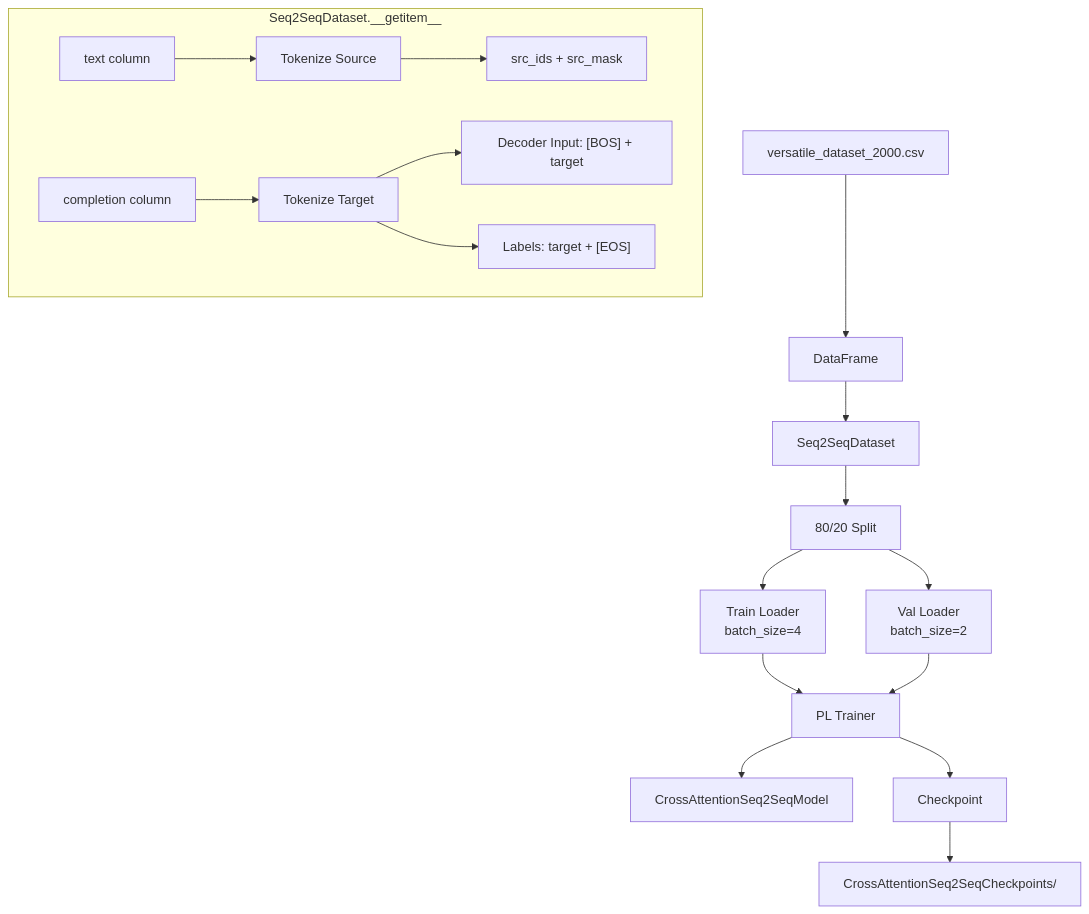
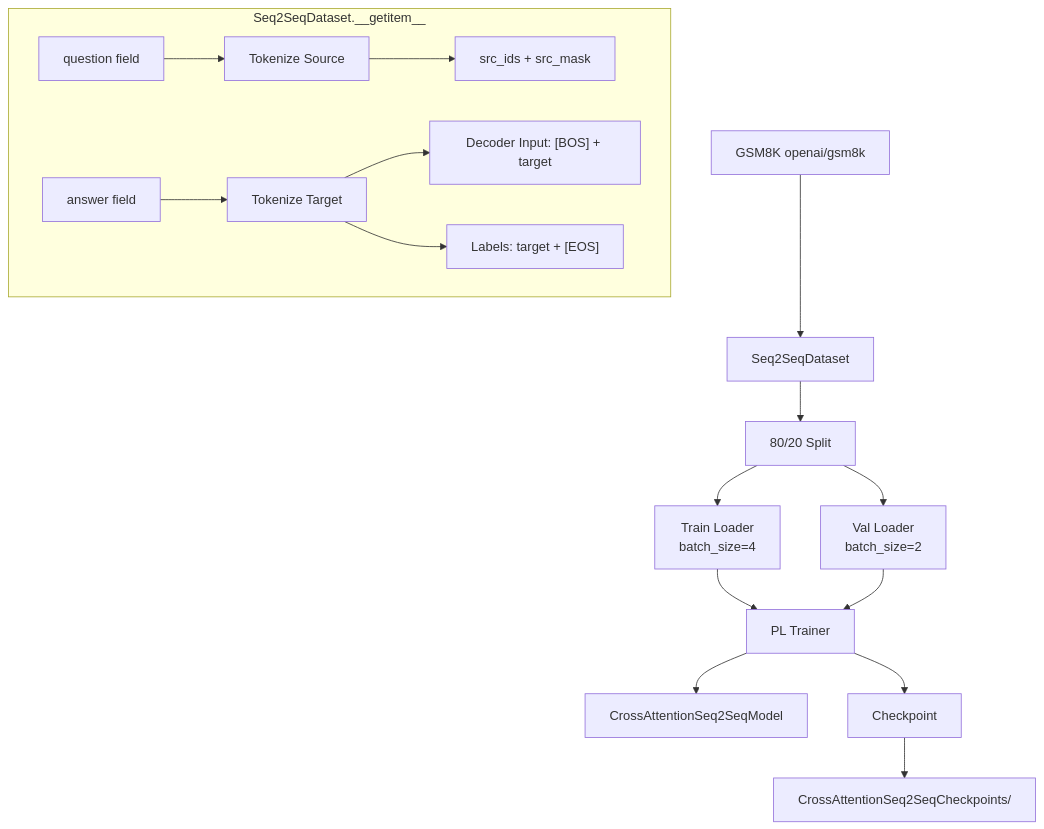
One commit to ambideXtrous9/Transformer-from-Scratch changed the diagram in docs/Trainer.md. Above: the diagram before and after it, drawn with Mermaid. The commit also changed other lines of this file and 67 other files, not shown here.

````diff
--- a/docs/Trainer.md
+++ b/docs/Trainer.md
@@ -20,22 +20,21 @@
 ```mermaid
 graph TD
-    CSV[versatile_dataset_2000.csv] --> DF[DataFrame]
-    DF --> Dataset[Seq2SeqDataset]
+    GSM8K[GSM8K openai/gsm8k] --> Dataset[Seq2SeqDataset]
     
     subgraph "Seq2SeqDataset.__getitem__"
-        Text[text column] --> SrcTok[Tokenize Source]
-        Completion[completion column] --> TgtTok[Tokenize Target]
+        Text[question field] --> SrcTok[Tokenize Source]
+        Completion[answer field] --> TgtTok[Tokenize Target]
         SrcTok --> SrcIDs[src_ids + src_mask]
         TgtTok --> DecIn["Decoder Input: [BOS] + target"]
         TgtTok --> Labels["Labels: target + [EOS]"]
     end
     
     Dataset --> Split[80/20 Split]
     Split --> TL[Train Loader \n batch_size=4]
     Split --> VL[Val Loader \n batch_size=2]
     
     TL & VL --> Trainer[PL Trainer]
     Trainer --> Model[CrossAttentionSeq2SeqModel]
     Trainer --> CK[Checkpoint]
     CK --> Disk[CrossAttentionSeq2SeqCheckpoints/]
 ```
````
